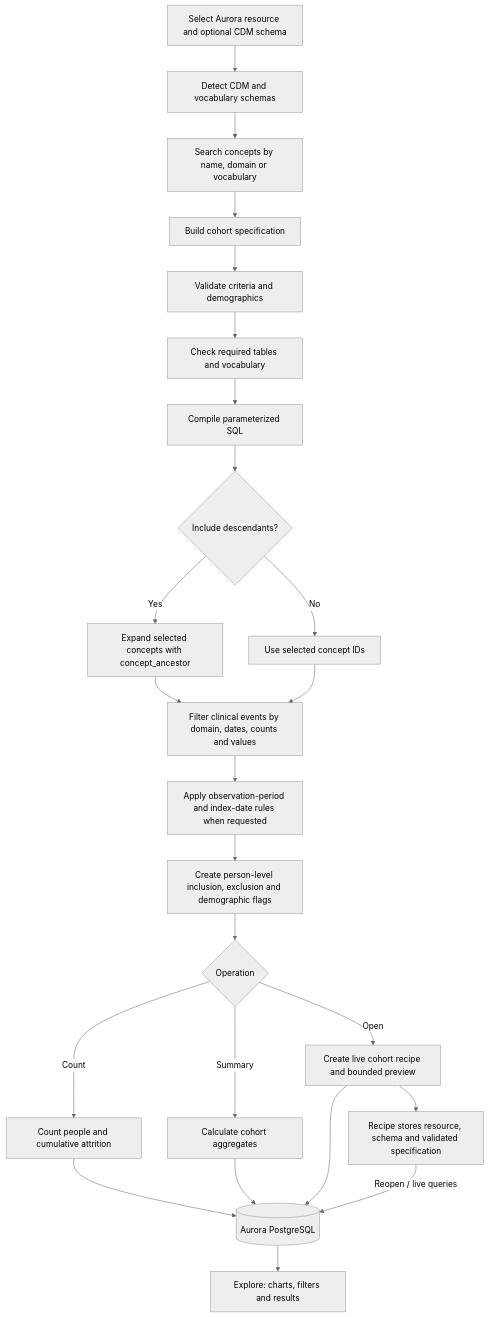
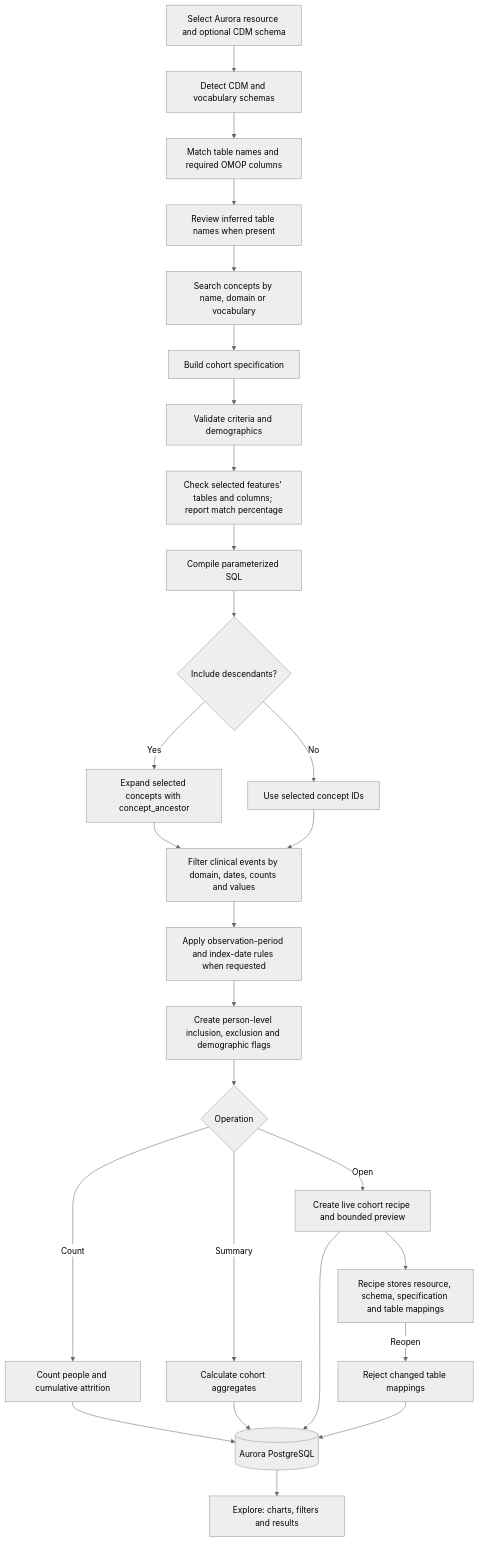
The fifth of 8 diagrams in src/cohort-studio/docs/architecture.md (verily-src/workbench-app-devcontainers), drawn with Mermaid (neutral theme) before and after one commit. The commit also changed other lines of this file, not shown here.

Commit message:
Update OMOP schema compatibility diagram

````diff
--- a/src/cohort-studio/docs/architecture.md
+++ b/src/cohort-studio/docs/architecture.md
@@ -1283,26 +1283,29 @@
 ```mermaid
 flowchart TD
   Start["Select Aurora resource and optional CDM schema"] --> Detect["Detect CDM and vocabulary schemas"]
-  Detect --> Search["Search concepts by name, domain or vocabulary"]
+  Detect --> Match["Match table names and required OMOP columns"]
+  Match --> Review["Review inferred table names when present"]
+  Review --> Search["Search concepts by name, domain or vocabulary"]
   Search --> Spec["Build cohort specification"]
   Spec --> Validate["Validate criteria and demographics"]
-  Validate --> Tables["Check required tables and vocabulary"]
+  Validate --> Tables["Check selected features' tables and columns; report match percentage"]
   Tables --> Compile["Compile parameterized SQL"]
   Compile --> Desc{"Include descendants?"}
   Desc -->|"Yes"| Ancestor["Expand selected concepts with concept_ancestor"]
   Desc -->|"No"| Exact["Use selected concept IDs"]
   Ancestor --> Events["Filter clinical events by domain, dates, counts and values"]
   Exact --> Events
   Events --> Obs["Apply observation-period and index-date rules when requested"]
   Obs --> Flags["Create person-level inclusion, exclusion and demographic flags"]
   Flags --> Action{"Operation"}
   Action -->|"Count"| Count["Count people and cumulative attrition"]
   Action -->|"Summary"| Summary["Calculate cohort aggregates"]
   Action -->|"Open"| Open["Create live cohort recipe and bounded preview"]
   Count --> DB[("Aurora PostgreSQL")]
   Summary --> DB
   Open --> DB
   DB --> UI["Explore: charts, filters and results"]
-  Open --> Recipe["Recipe stores resource, schema and validated specification"]
-  Recipe -->|"Reopen / live queries"| DB
+  Open --> Recipe["Recipe stores resource, schema, specification and table mappings"]
+  Recipe -->|"Reopen"| Check["Reject changed table mappings"]
+  Check --> DB
 ```
````
